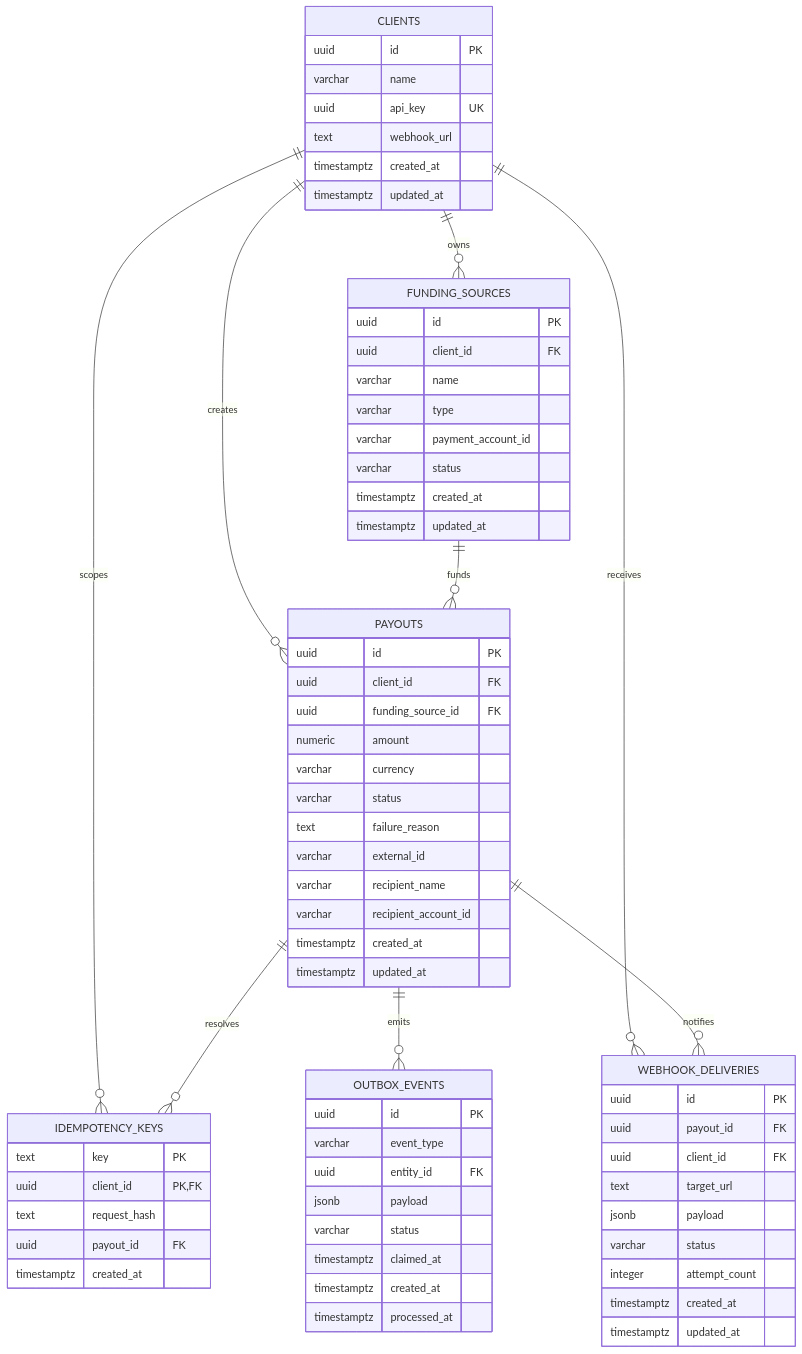
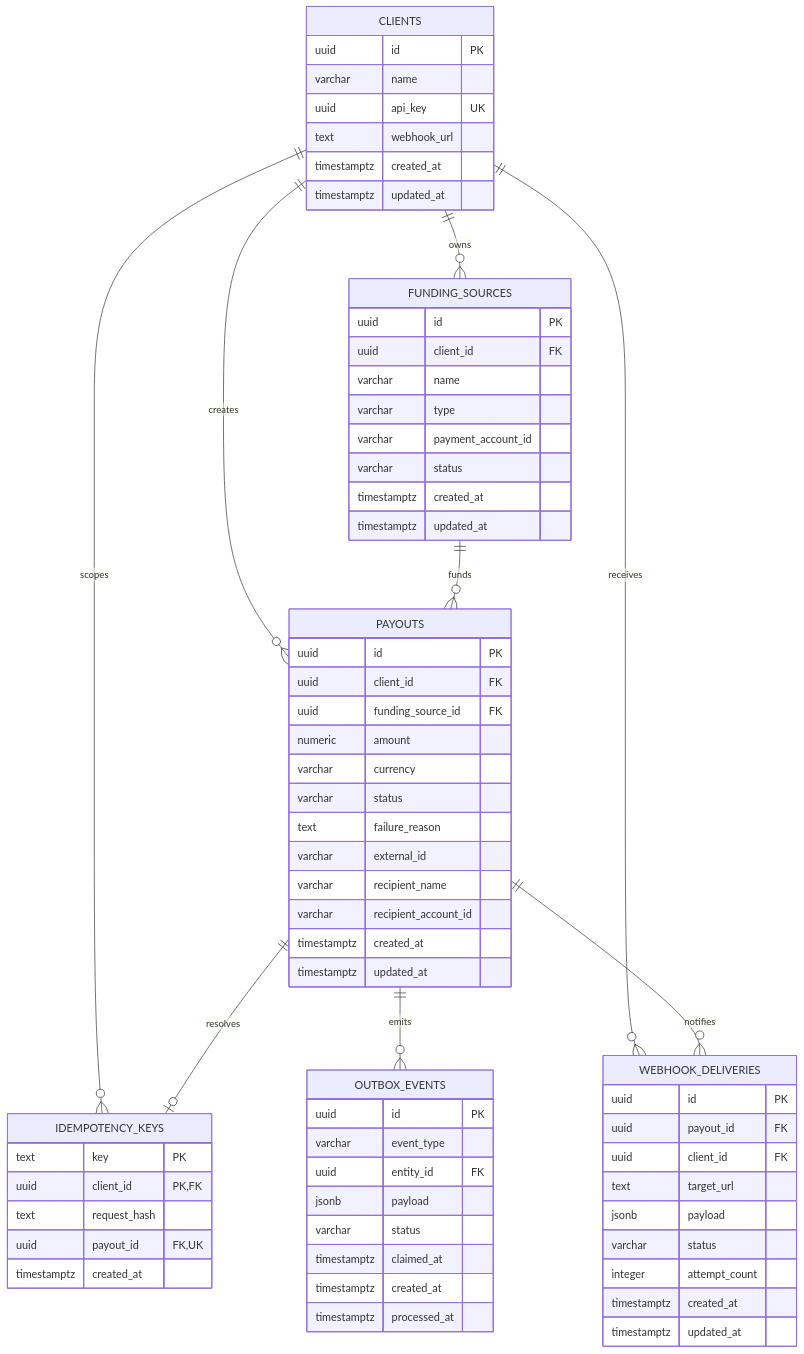
One commit to prxgr4mm3r/payout-orchestrator changed the fourth of 4 diagrams in docs/design/payout_orchestrator_system_design.md. Above: the diagram before and after it, drawn with Mermaid. The commit also changed other lines of this file, not shown here.

Commit message:
docs: align idempotency schema cardinality

````diff
--- a/docs/design/payout_orchestrator_system_design.md
+++ b/docs/design/payout_orchestrator_system_design.md
@@ -796,77 +802,77 @@
 ```mermaid
 erDiagram
     CLIENTS ||--o{ FUNDING_SOURCES : owns
     CLIENTS ||--o{ PAYOUTS : creates
     FUNDING_SOURCES ||--o{ PAYOUTS : funds
     CLIENTS ||--o{ IDEMPOTENCY_KEYS : scopes
-    PAYOUTS ||--o{ IDEMPOTENCY_KEYS : resolves
+    PAYOUTS ||--o| IDEMPOTENCY_KEYS : resolves
     PAYOUTS ||--o{ OUTBOX_EVENTS : emits
     CLIENTS ||--o{ WEBHOOK_DELIVERIES : receives
     PAYOUTS ||--o{ WEBHOOK_DELIVERIES : notifies
 
     CLIENTS {
         uuid id PK
         varchar name
         uuid api_key UK
         text webhook_url
         timestamptz created_at
         timestamptz updated_at
     }
 
     FUNDING_SOURCES {
         uuid id PK
         uuid client_id FK
         varchar name
         varchar type
         varchar payment_account_id
         varchar status
         timestamptz created_at
         timestamptz updated_at
     }
 
     PAYOUTS {
         uuid id PK
         uuid client_id FK
         uuid funding_source_id FK
         numeric amount
         varchar currency
         varchar status
         text failure_reason
         varchar external_id
         varchar recipient_name
         varchar recipient_account_id
         timestamptz created_at
         timestamptz updated_at
     }
 
     IDEMPOTENCY_KEYS {
         text key PK
         uuid client_id PK,FK
         text request_hash
-        uuid payout_id FK
+        uuid payout_id FK,UK
         timestamptz created_at
     }
 
     OUTBOX_EVENTS {
         uuid id PK
         varchar event_type
         uuid entity_id FK
         jsonb payload
         varchar status
         timestamptz claimed_at
         timestamptz created_at
         timestamptz processed_at
     }
 
     WEBHOOK_DELIVERIES {
         uuid id PK
         uuid payout_id FK
         uuid client_id FK
         text target_url
         jsonb payload
         varchar status
         integer attempt_count
         timestamptz created_at
         timestamptz updated_at
     }
 ```
````
